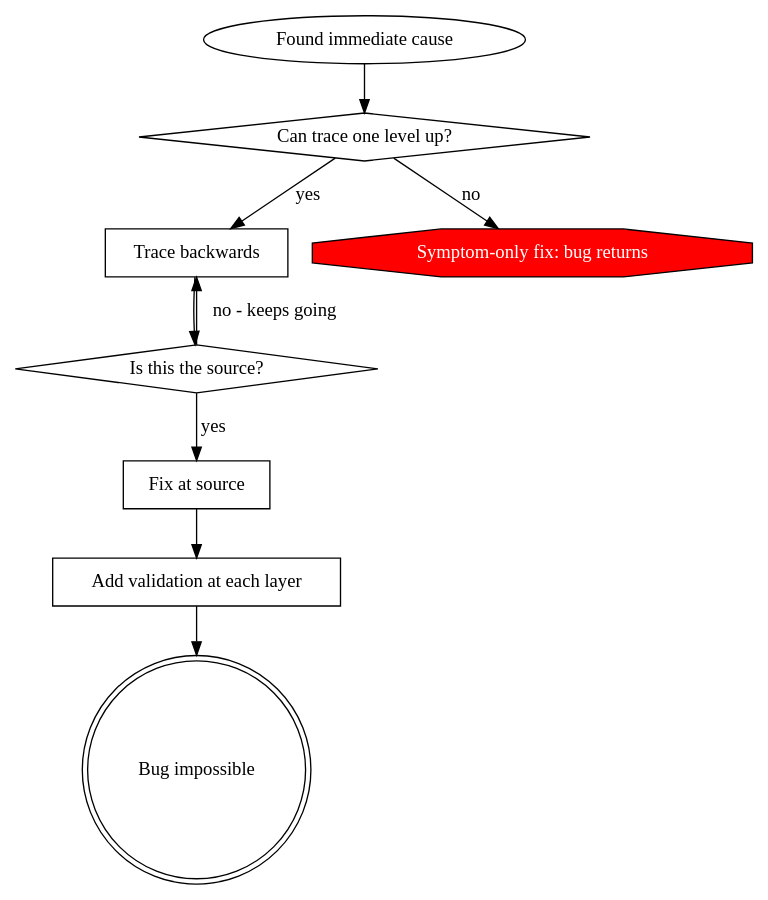
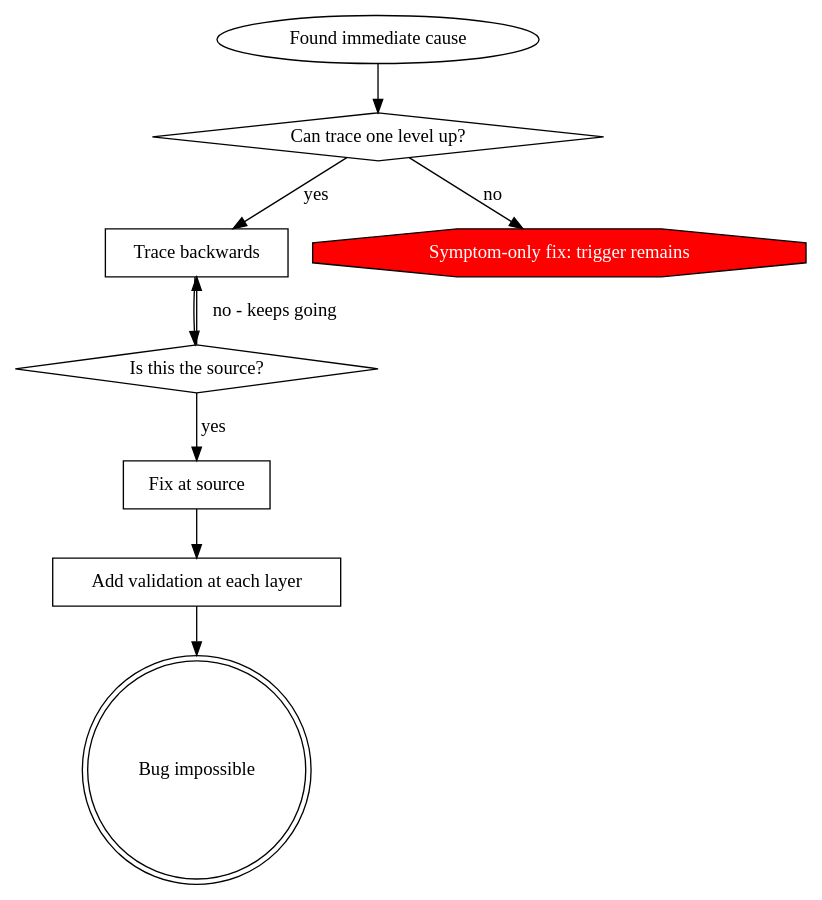
One commit to jlaws/dotfiles changed the second of 2 diagrams in .agents/skills/debugging-methodology/references/root-cause-tracing.md. Above: the diagram before and after it, drawn with Graphviz. The commit also changed other lines of this file and 19 other files, not shown here.

````diff
--- a/.agents/skills/debugging-methodology/references/root-cause-tracing.md
+++ b/.agents/skills/debugging-methodology/references/root-cause-tracing.md
@@ -132,21 +130,21 @@
 ```dot
 digraph principle {
     "Found immediate cause" [shape=ellipse];
     "Can trace one level up?" [shape=diamond];
     "Trace backwards" [shape=box];
     "Is this the source?" [shape=diamond];
     "Fix at source" [shape=box];
     "Add validation at each layer" [shape=box];
     "Bug impossible" [shape=doublecircle];
-    "Symptom-only fix: bug returns" [shape=octagon, style=filled, fillcolor=red, fontcolor=white];
+    "Symptom-only fix: trigger remains" [shape=octagon, style=filled, fillcolor=red, fontcolor=white];
 
     "Found immediate cause" -> "Can trace one level up?";
     "Can trace one level up?" -> "Trace backwards" [label="yes"];
-    "Can trace one level up?" -> "Symptom-only fix: bug returns" [label="no"];
+    "Can trace one level up?" -> "Symptom-only fix: trigger remains" [label="no"];
     "Trace backwards" -> "Is this the source?";
     "Is this the source?" -> "Trace backwards" [label="no - keeps going"];
     "Is this the source?" -> "Fix at source" [label="yes"];
     "Fix at source" -> "Add validation at each layer";
     "Add validation at each layer" -> "Bug impossible";
 }
 ```
````
